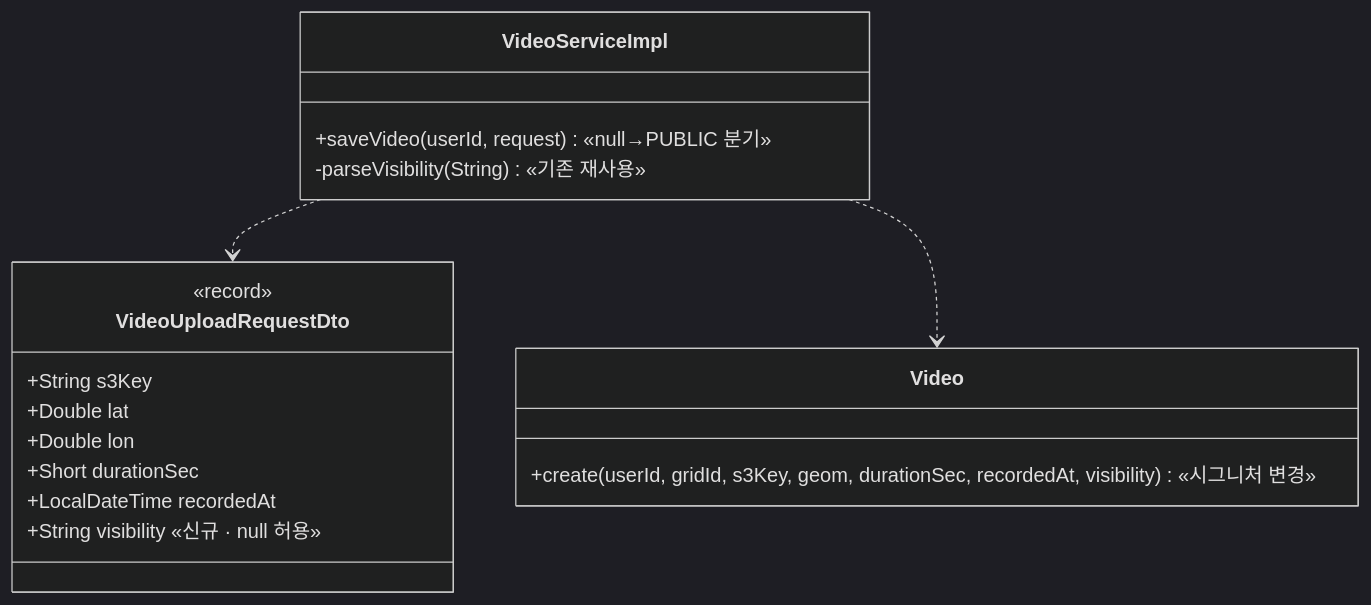
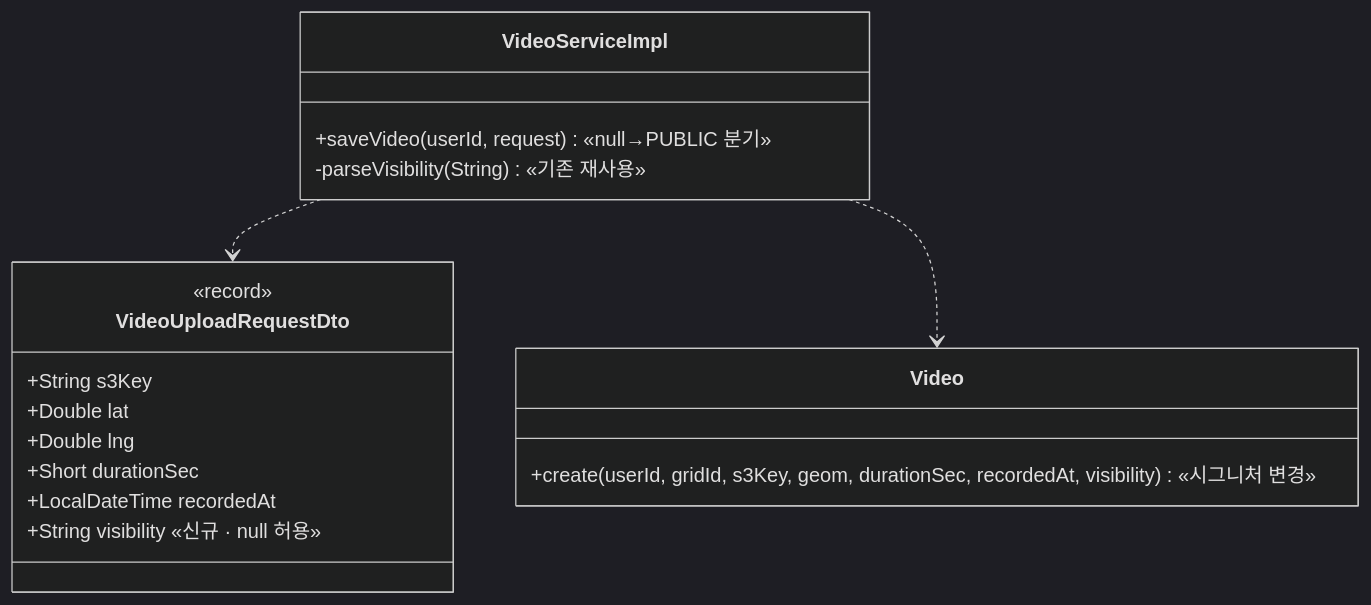
Before and after one commit to ASM-MSG/BE: the second of 2 diagrams in docs/prd/MSG-204-prd.md, drawn with Mermaid (dark theme). The commit also changed 5 other files, not shown here.

````diff
--- a/docs/prd/MSG-204-prd.md
+++ b/docs/prd/MSG-204-prd.md
@@ -75,21 +75,21 @@
 ```mermaid
 classDiagram
     class VideoUploadRequestDto {
         <<record>>
         +String s3Key
         +Double lat
-        +Double lon
+        +Double lng
         +Short durationSec
         +LocalDateTime recordedAt
         +String visibility  «신규 · null 허용»
     }
     class Video {
         +create(userId, gridId, s3Key, geom, durationSec, recordedAt, visibility)  «시그니처 변경»
     }
     class VideoServiceImpl {
         +saveVideo(userId, request)  «null→PUBLIC 분기»
         -parseVisibility(String)  «기존 재사용»
     }
     VideoServiceImpl ..> VideoUploadRequestDto
     VideoServiceImpl ..> Video
 ```
````
